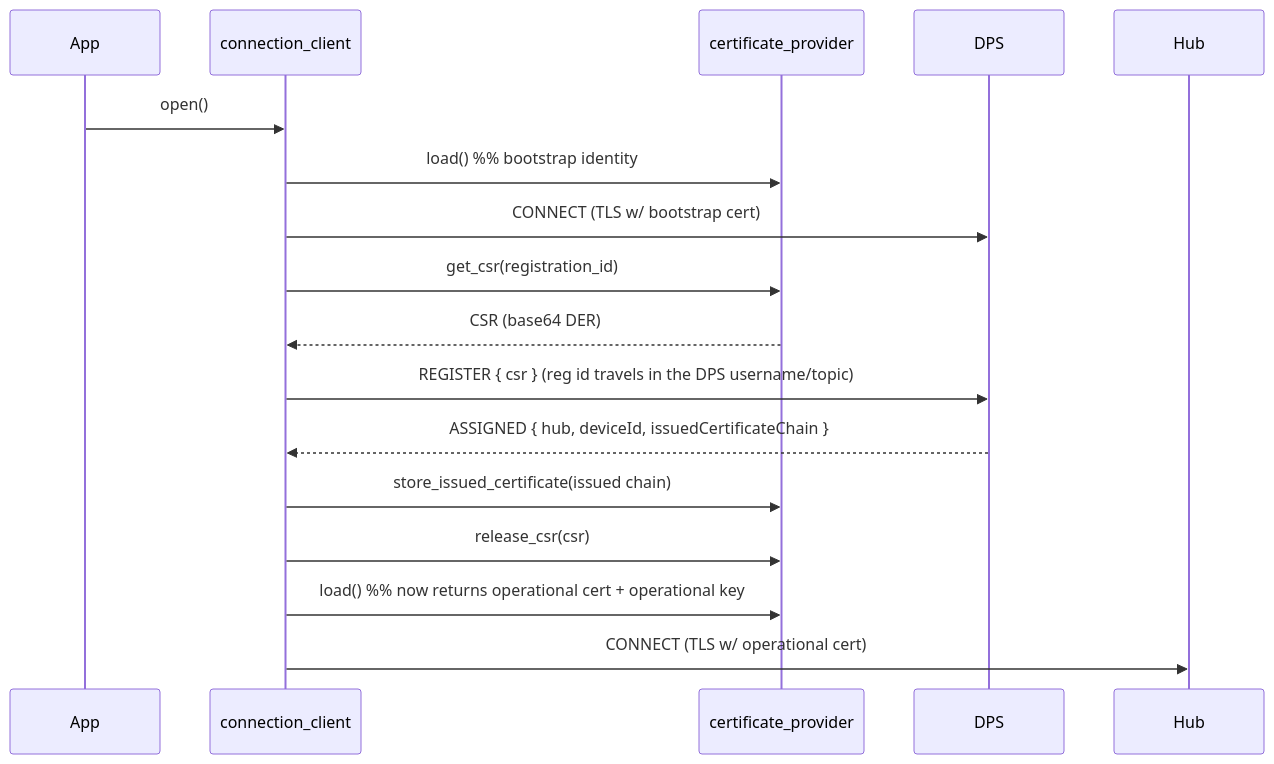
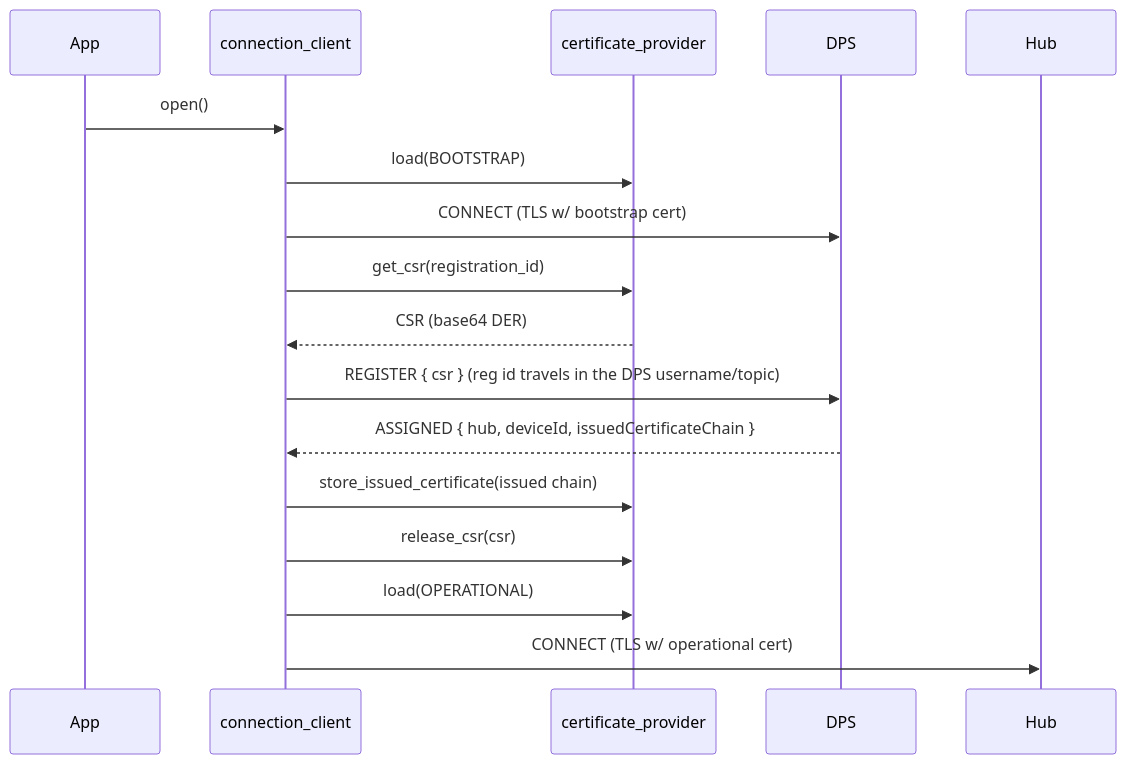
The diagram in c/docs/eng/certificate-management.md (Azure/azure-iot-sdk), drawn with Mermaid before and after one commit. The commit also changed other lines of this file and 2 other files, not shown here.

````diff
--- a/c/docs/eng/certificate-management.md
+++ b/c/docs/eng/certificate-management.md
@@ -42,20 +42,20 @@
 ```mermaid
 sequenceDiagram
     participant App
     participant Conn as connection_client
     participant Prov as certificate_provider
     participant DPS
     participant Hub
 
     App->>Conn: open()
-    Conn->>Prov: load()  %% bootstrap identity
+    Conn->>Prov: load(BOOTSTRAP)
     Conn->>DPS: CONNECT (TLS w/ bootstrap cert)
     Conn->>Prov: get_csr(registration_id)
     Prov-->>Conn: CSR (base64 DER)
     Conn->>DPS: REGISTER { csr }  (reg id travels in the DPS username/topic)
     DPS-->>Conn: ASSIGNED { hub, deviceId, issuedCertificateChain }
     Conn->>Prov: store_issued_certificate(issued chain)
     Conn->>Prov: release_csr(csr)
-    Conn->>Prov: load()  %% now returns operational cert + operational key
+    Conn->>Prov: load(OPERATIONAL)
     Conn->>Hub: CONNECT (TLS w/ operational cert)
 ```
````
